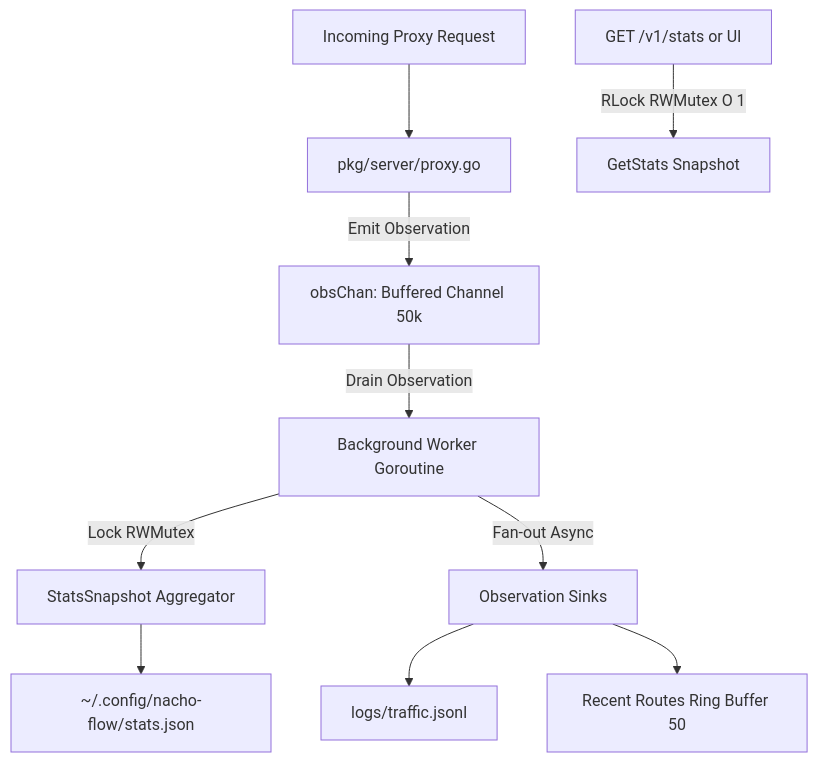
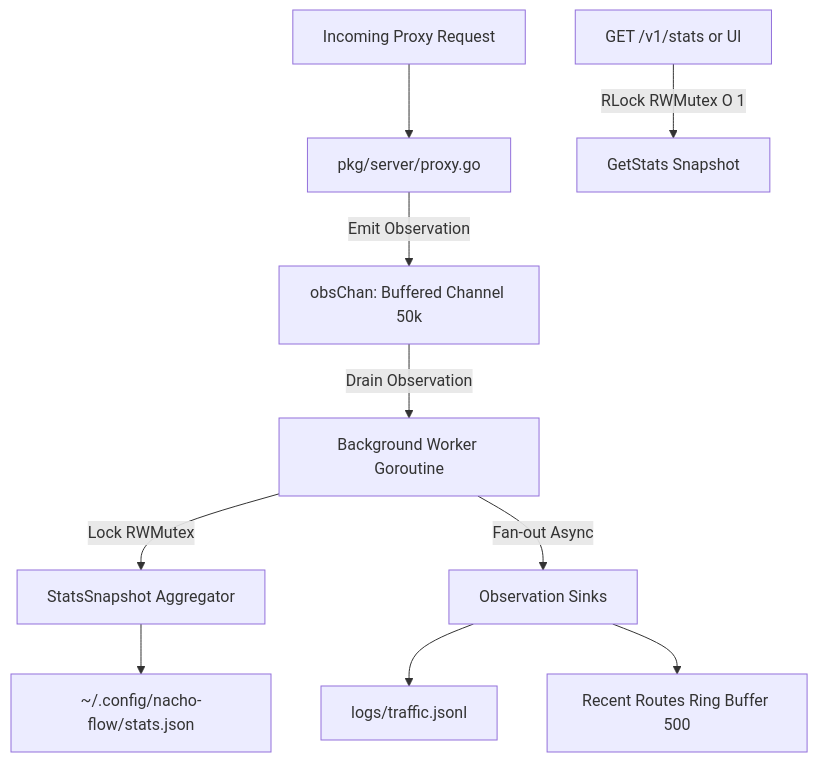
The first of 3 diagrams in docs/METRICS_DEVELOPER_GUIDE.md (dixieflatline76/nacho-flow), drawn with Mermaid before and after one commit. The commit also changed other lines of this file and 26 other files, not shown here.

First line of the commit message:
docs(arch): audit diagrams, modernize model baselines, and sync site docs

````diff
--- a/docs/METRICS_DEVELOPER_GUIDE.md
+++ b/docs/METRICS_DEVELOPER_GUIDE.md
@@ -24,12 +24,12 @@
 ```mermaid
 flowchart TD
     Req[Incoming Proxy Request] --> Proxy[pkg/server/proxy.go]
     Proxy -->|Emit Observation| ObsChan[obsChan: Buffered Channel 50k]
     ObsChan -->|Drain Observation| Worker[Background Worker Goroutine]
     Worker -->|Lock RWMutex| Stats[StatsSnapshot Aggregator]
     Worker -->|Fan-out Async| Sinks[Observation Sinks]
     Sinks --> TrafficLog[logs/traffic.jsonl]
-    Sinks --> RingBuf[Recent Routes Ring Buffer 50]
+    Sinks --> RingBuf[Recent Routes Ring Buffer 500]
     Stats --> Disk[~/.config/nacho-flow/stats.json]
     Client[GET /v1/stats or UI] -->|RLock RWMutex O 1| Read[GetStats Snapshot]
 ```
````
